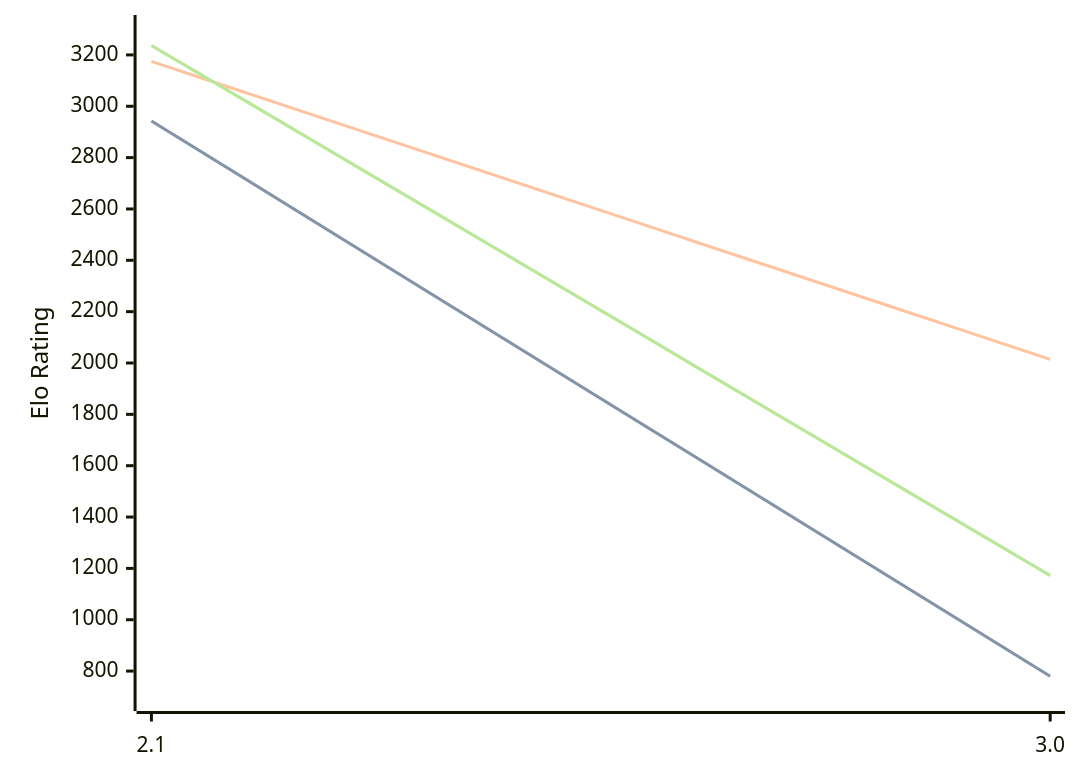
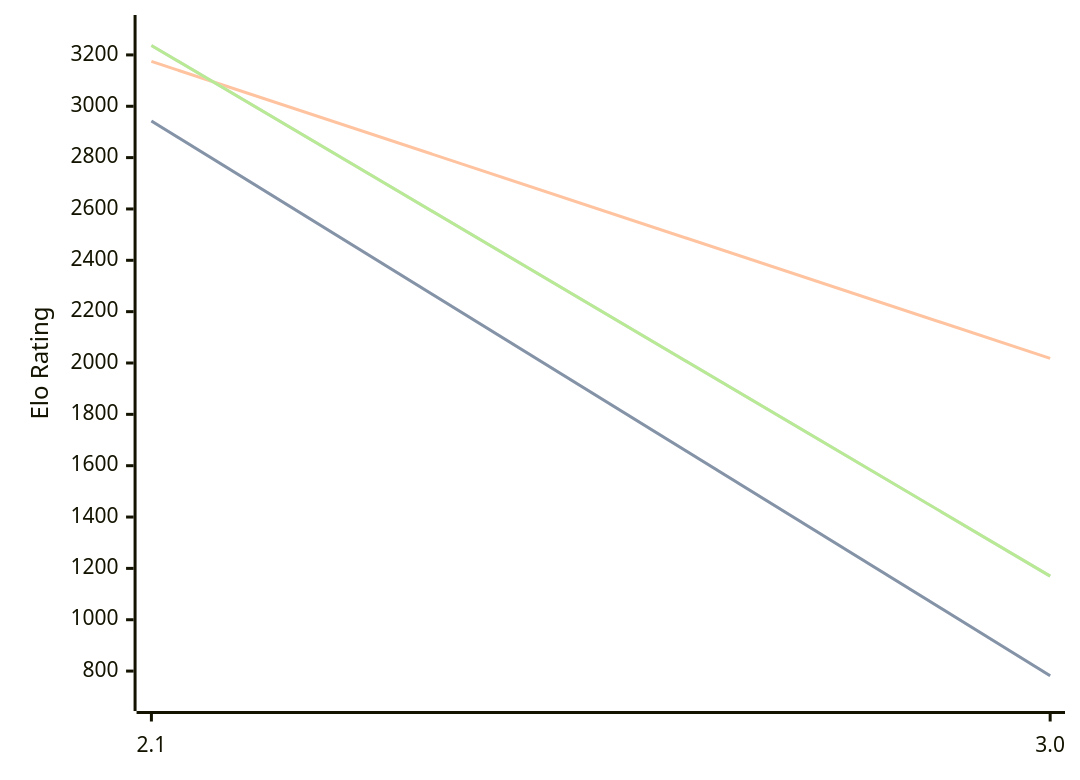
Before and after one commit to computer-chess-index/cci: the third of 3 diagrams in engines/Quirky.md, drawn with Mermaid. The commit also changed other lines of this file, not shown here.

Commit message:
Update CCI Ratings (ELO VLTC) - 2026-06-20

````diff
--- a/engines/Quirky.md
+++ b/engines/Quirky.md
@@ -67,11 +67,11 @@
 ```mermaid
 %%{init: {"theme":"base","themeVariables":{"seriesColors:['#a3a3a3','#222221','#faa371']}}}%%
 xychart-beta
   x-axis ["2.1", "3.0"]
   y-axis "Elo Rating" 700 --> 3300
-  line "STC (8.0+0.08s)" [2943, 780]
-  line "STC (8.0+0.08s)" [2943, 780]
-  line "LTC (60.0+0.60s)" [3175, 2014]
-  line "VLTC (2m24s+1.12s)" [3237, 1172]
-  line "VLTC (2m24s+1.12s)" [3237, 1172]
+  line "STC (8.0+0.08s)" [2943, 782]
+  line "STC (8.0+0.08s)" [2943, 782]
+  line "LTC (60.0+0.60s)" [3175, 2018]
+  line "VLTC (2m24s+1.12s)" [3237, 1170]
+  line "VLTC (2m24s+1.12s)" [3237, 1170]
 ```
````
